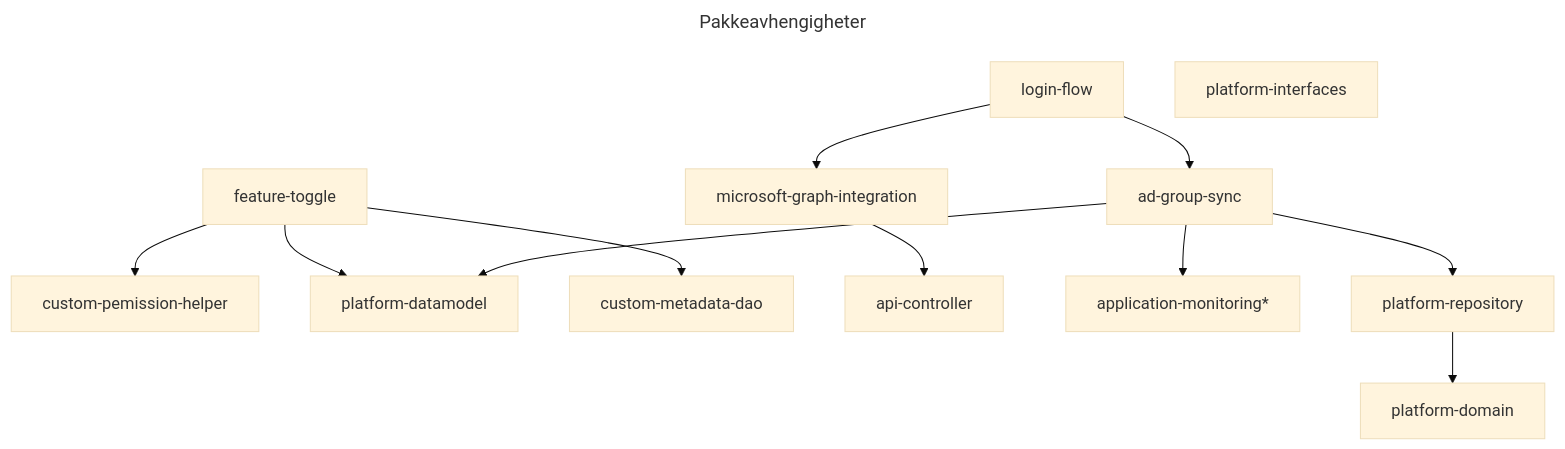
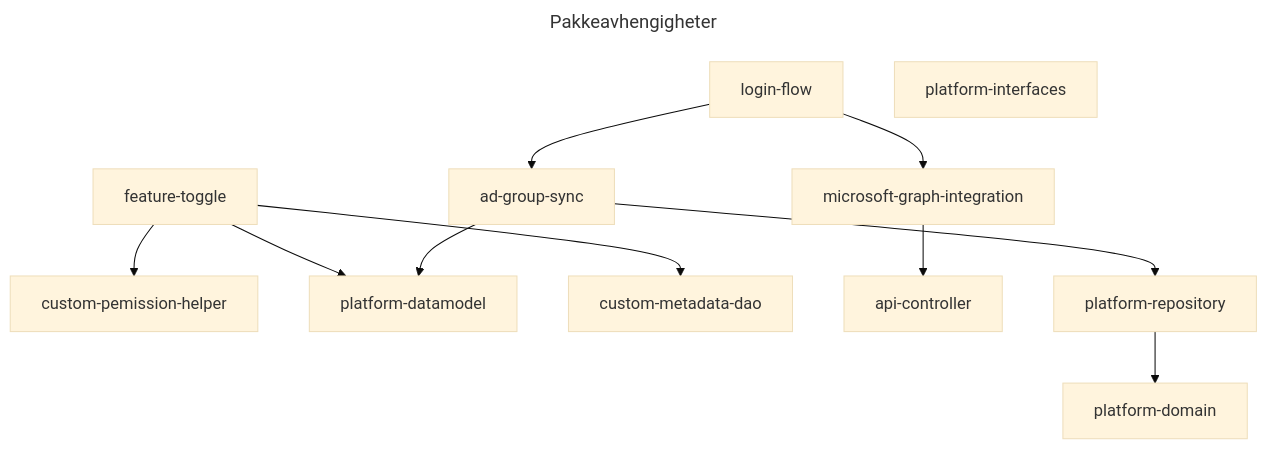
One commit to navikt/sf-platform changed the diagram in README.md. Above: the diagram before and after it, drawn with Mermaid (base theme).

Commit message:
Remove application-monitoring from Readme

````diff
--- a/README.md
+++ b/README.md
@@ -22,19 +22,18 @@
 ```mermaid
 ---
 title: Pakkeavhengigheter
 ---
 graph TD
     custom-pemission-helper
     feature-toggle --> platform-datamodel;
     feature-toggle --> custom-metadata-dao;
     feature-toggle --> custom-pemission-helper;
     login-flow
     login-flow --> ad-group-sync;
     login-flow --> microsoft-graph-integration;
     microsoft-graph-integration --> api-controller;
     ad-group-sync --> platform-datamodel;
-    ad-group-sync --> application-monitoring*;
     ad-group-sync --> platform-repository;
     platform-repository --> platform-domain;
     platform-interfaces
 ```
````
